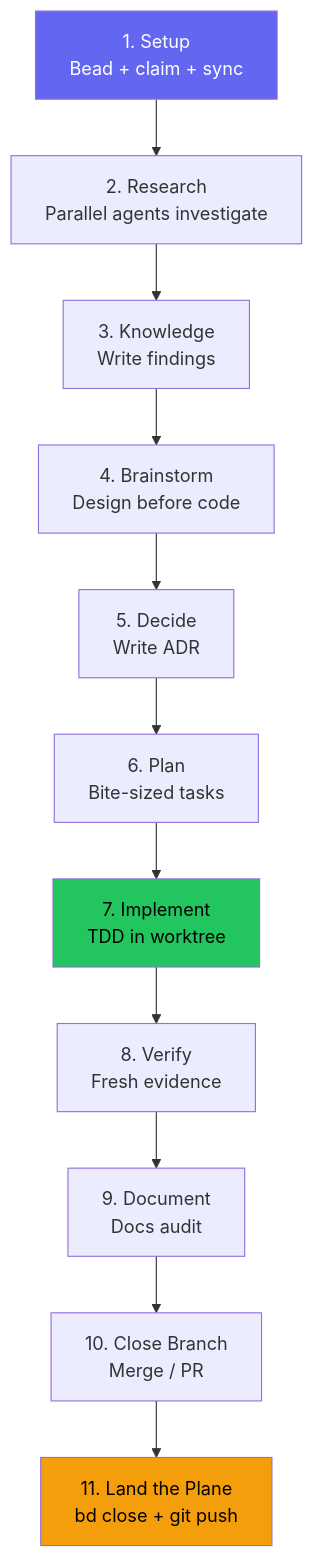
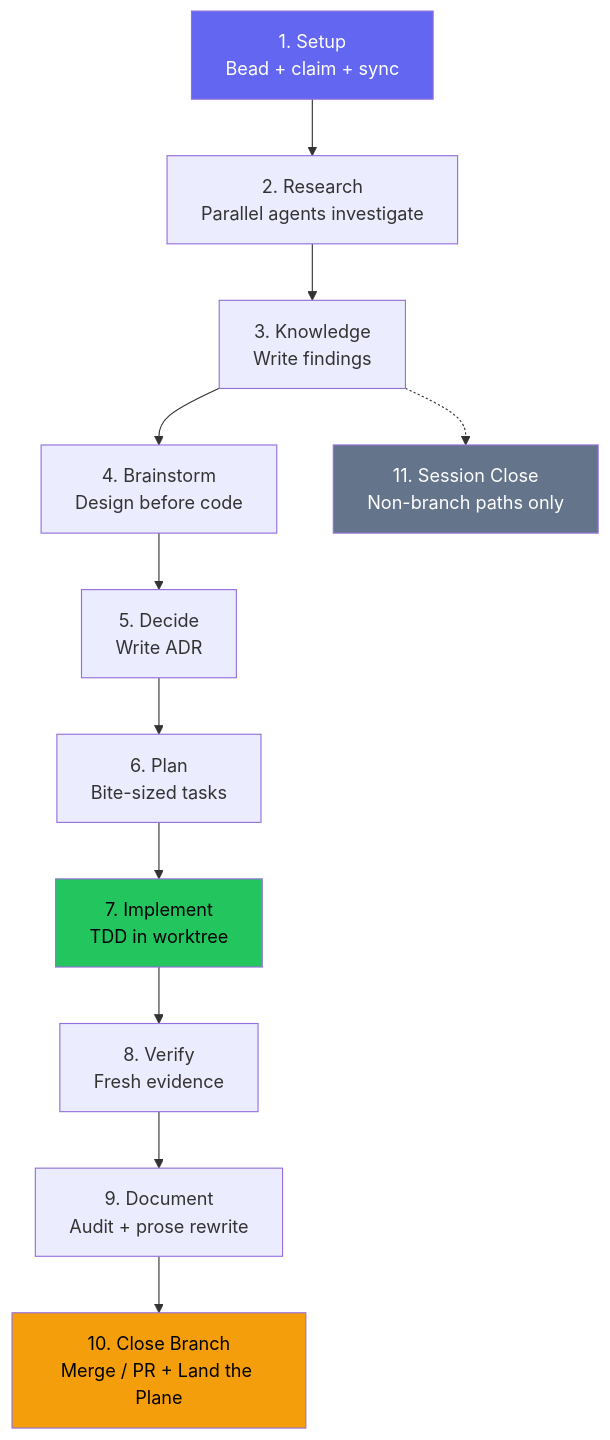
The second of 2 diagrams in docs/methodology.md (DollarDill/beads-superpowers), drawn with Mermaid before and after one commit. The commit also changed other lines of this file and 2 other files, not shown here.

First line of the commit message:
docs: full content audit — S9/S10/S11 updates across 3 pages (bd-p3qu)

````diff
--- a/docs/methodology.md
+++ b/docs/methodology.md
@@ -74,17 +74,18 @@
 ```mermaid
 graph TD
   Step1["1. Setup<br/>Bead + claim + sync"] --> Step2["2. Research<br/>Parallel agents investigate"]
   Step2 --> Step3["3. Knowledge<br/>Write findings"]
   Step3 --> Step4["4. Brainstorm<br/>Design before code"]
   Step4 --> Step5["5. Decide<br/>Write ADR"]
   Step5 --> Step6["6. Plan<br/>Bite-sized tasks"]
   Step6 --> Step7["7. Implement<br/>TDD in worktree"]
   Step7 --> Step8["8. Verify<br/>Fresh evidence"]
-  Step8 --> Step9["9. Document<br/>Docs audit"]
-  Step9 --> Step10["10. Close Branch<br/>Merge / PR"]
-  Step10 --> Step11["11. Land the Plane<br/>bd close + git push"]
+  Step8 --> Step9["9. Document<br/>Audit + prose rewrite"]
+  Step9 --> Step10["10. Close Branch<br/>Merge / PR + Land the Plane"]
+  Step3 -.-> Step11["11. Session Close<br/>Non-branch paths only"]
 
   style Step1 fill:#6366f1,color:#fff
   style Step7 fill:#22c55e,color:#000
-  style Step11 fill:#f59e0b,color:#000
+  style Step10 fill:#f59e0b,color:#000
+  style Step11 fill:#64748b,color:#fff
 ```
````
